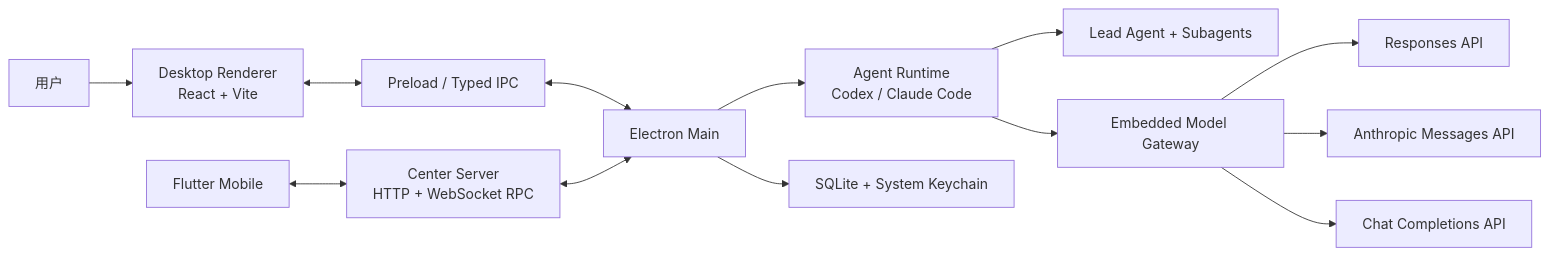
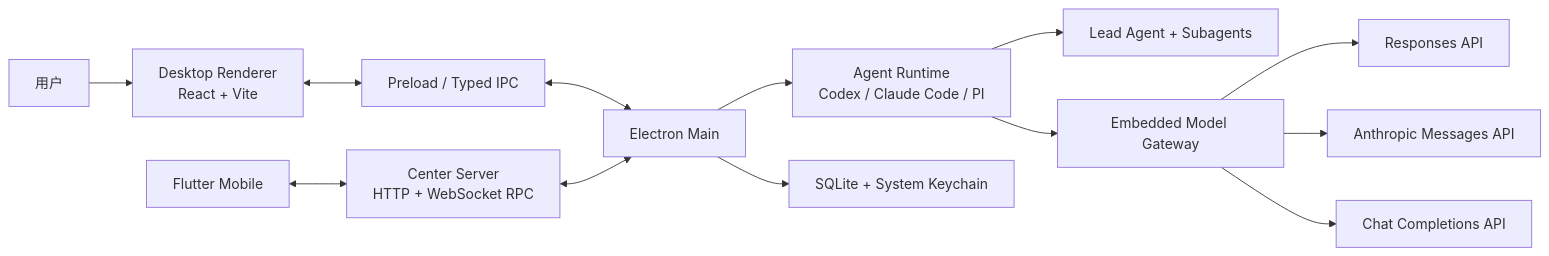
One commit to plus1998/eco-coding changed the first of 2 diagrams in docs/TECHNICAL.md. Above: the diagram before and after it, drawn with Mermaid. The commit also changed other lines of this file and 39 other files, not shown here.

````diff
--- a/docs/TECHNICAL.md
+++ b/docs/TECHNICAL.md
@@ -9,15 +9,15 @@
 ```mermaid
 flowchart LR
     U["用户"] --> D["Desktop Renderer\nReact + Vite"]
     D <--> P["Preload / Typed IPC"]
     P <--> M["Electron Main"]
-    M --> R["Agent Runtime\nCodex / Claude Code"]
+    M --> R["Agent Runtime\nCodex / Claude Code / PI"]
     R --> O["Lead Agent + Subagents"]
     R --> G["Embedded Model Gateway"]
     G --> A["Responses API"]
     G --> B["Anthropic Messages API"]
     G --> C["Chat Completions API"]
     M --> S["SQLite + System Keychain"]
     X["Flutter Mobile"] <--> CS["Center Server\nHTTP + WebSocket RPC"]
     CS <--> M
 ```
````
